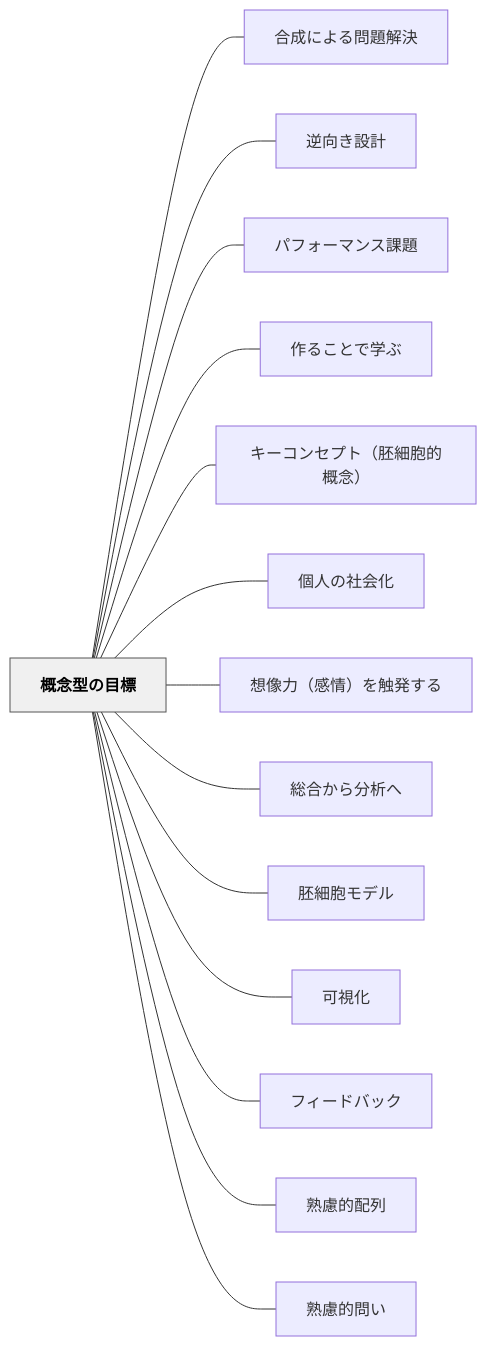
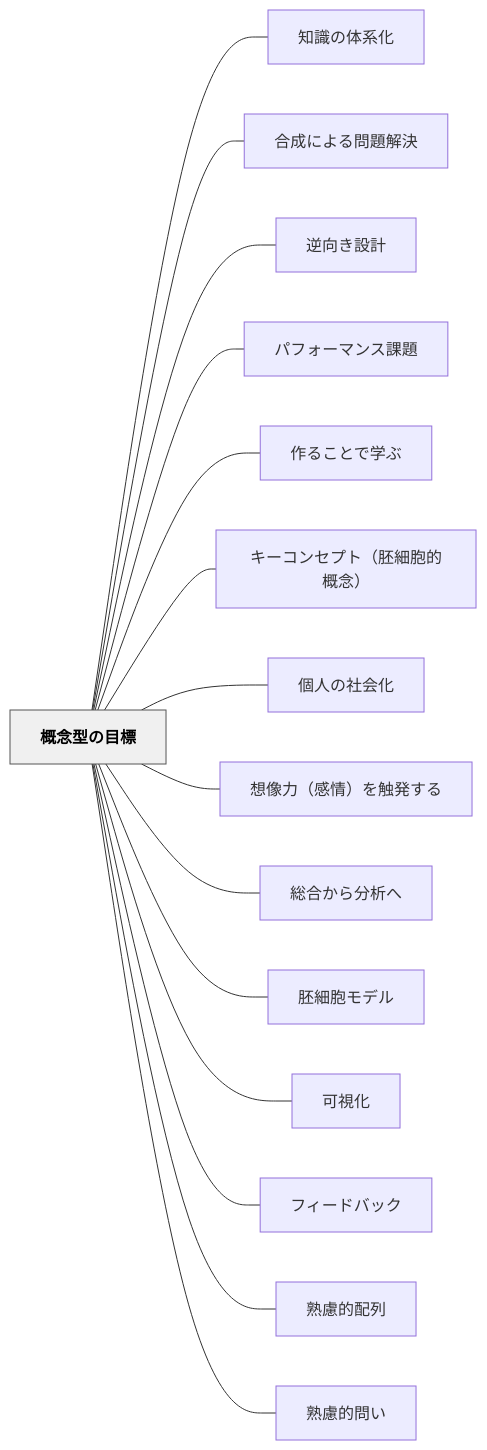
The diagram in content/パタン/概念型の目標.md (unknownthings-ed-patterns/unknownthings-ed-patterns), drawn with Mermaid before and after one commit. The commit also changed other lines of this file and 185 other files, not shown here.

````diff
--- a/content/パタン/概念型の目標.md
+++ b/content/パタン/概念型の目標.md
@@ -155,34 +156,36 @@
 ```mermaid
 flowchart LR
     ne6a682e5bfb5e59e8be381aee79baee6a899["概念型の目標"]
+    ne79fa5e8ad98e381aee4bd93e7b3bbe58c96["知識の体系化"]
     ne59088e68890e381abe38288e3828be5958fe9a18ce8a7a3e6b1ba["合成による問題解決"]
     ne98086e59091e3818de8a8ade8a888["逆向き設計"]
     ne38391e38395e382a9e383bce3839ee383b3e382b9e8aab2e9a18c["パフォーマンス課題"]
     ne4bd9ce3828be38193e381a8e381a7e5ada6e381b6["作ることで学ぶ"]
     ne382ade383bce382b3e383b3e382bbe38397e38388efbc88e8839ae7b4b0e8839ee79a84e6a682e5bfb5efbc89["キーコンセプト（胚細胞的概念）"]
     ne5808be4babae381aee7a4bee4bc9ae58c96["個人の社会化"]
     ne683b3e5838fe58a9befbc88e6849fe68385efbc89e38292e8a7a6e799bae38199e3828b["想像力（感情）を触発する"]
     ne7b78fe59088e3818be38289e58886e69e90e381b8["総合から分析へ"]
     ne8839ae7b4b0e8839ee383a2e38387e383ab["胚細胞モデル"]
     ne58fafe8a696e58c96["可視化"]
     ne38395e382a3e383bce38389e38390e38383e382af["フィードバック"]
     ne7869fe685aee79a84e9858de58897["熟慮的配列"]
     ne7869fe685aee79a84e5958fe38184["熟慮的問い"]
 
+    ne6a682e5bfb5e59e8be381aee79baee6a899 --- ne79fa5e8ad98e381aee4bd93e7b3bbe58c96
     ne6a682e5bfb5e59e8be381aee79baee6a899 --- ne59088e68890e381abe38288e3828be5958fe9a18ce8a7a3e6b1ba
     ne6a682e5bfb5e59e8be381aee79baee6a899 --- ne98086e59091e3818de8a8ade8a888
     ne6a682e5bfb5e59e8be381aee79baee6a899 --- ne38391e38395e382a9e383bce3839ee383b3e382b9e8aab2e9a18c
     ne6a682e5bfb5e59e8be381aee79baee6a899 --- ne4bd9ce3828be38193e381a8e381a7e5ada6e381b6
     ne6a682e5bfb5e59e8be381aee79baee6a899 --- ne382ade383bce382b3e383b3e382bbe38397e38388efbc88e8839ae7b4b0e8839ee79a84e6a682e5bfb5efbc89
     ne6a682e5bfb5e59e8be381aee79baee6a899 --- ne5808be4babae381aee7a4bee4bc9ae58c96
     ne6a682e5bfb5e59e8be381aee79baee6a899 --- ne683b3e5838fe58a9befbc88e6849fe68385efbc89e38292e8a7a6e799bae38199e3828b
     ne6a682e5bfb5e59e8be381aee79baee6a899 --- ne7b78fe59088e3818be38289e58886e69e90e381b8
     ne6a682e5bfb5e59e8be381aee79baee6a899 --- ne8839ae7b4b0e8839ee383a2e38387e383ab
     ne6a682e5bfb5e59e8be381aee79baee6a899 --- ne58fafe8a696e58c96
     ne6a682e5bfb5e59e8be381aee79baee6a899 --- ne38395e382a3e383bce38389e38390e38383e382af
     ne6a682e5bfb5e59e8be381aee79baee6a899 --- ne7869fe685aee79a84e9858de58897
     ne6a682e5bfb5e59e8be381aee79baee6a899 --- ne7869fe685aee79a84e5958fe38184
 
     classDef hub fill:#f0f0f0,stroke:#555,color:#000,font-weight:bold
     class ne6a682e5bfb5e59e8be381aee79baee6a899 hub
 ```
````
